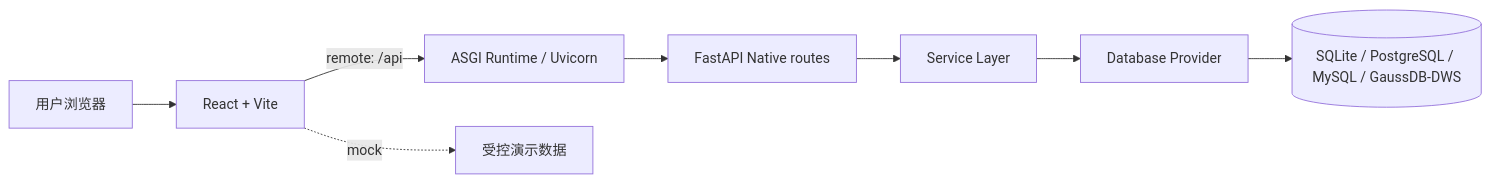
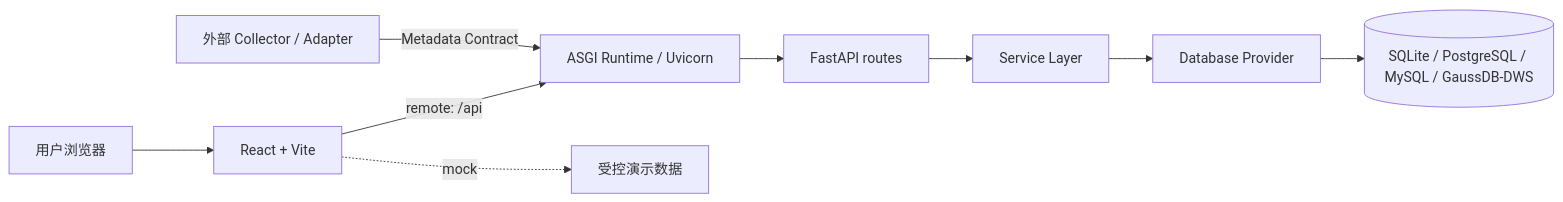
One commit to 0verme/data-asset-portal-community changed the diagram in README.md. Above: the diagram before and after it, drawn with Mermaid. The commit also changed other lines of this file and 25 other files, not shown here.

````diff
--- a/README.md
+++ b/README.md
@@ -140,10 +132,11 @@
 ```mermaid
 flowchart LR
   U["用户浏览器"] --> R["React + Vite"]
   R -->|"remote: /api"| A["ASGI Runtime / Uvicorn"]
-  A --> F["FastAPI Native routes"]
+  A --> F["FastAPI routes"]
   F --> S["Service Layer"]
   S --> D["Database Provider"]
   D --> DB[("SQLite / PostgreSQL / MySQL / GaussDB-DWS")]
   R -.->|"mock"| M["受控演示数据"]
+  C["外部 Collector / Adapter"] -->|"Metadata Contract"| A
 ```
````
